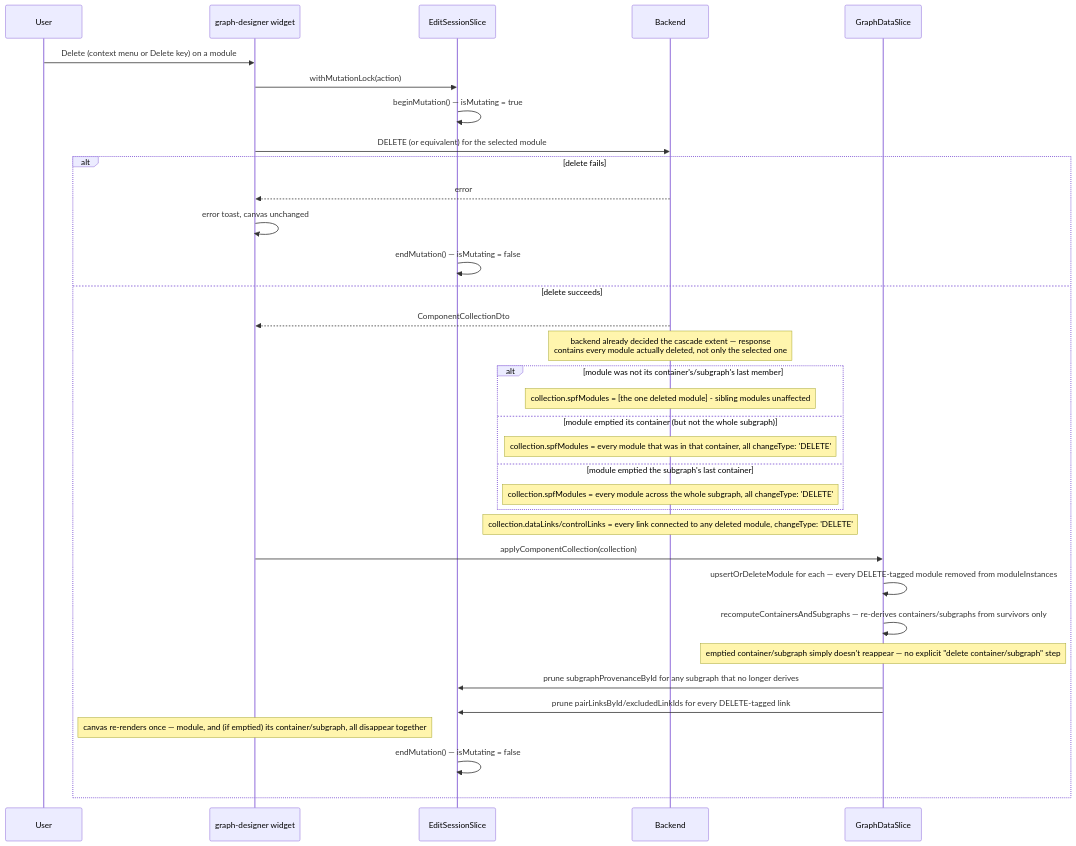
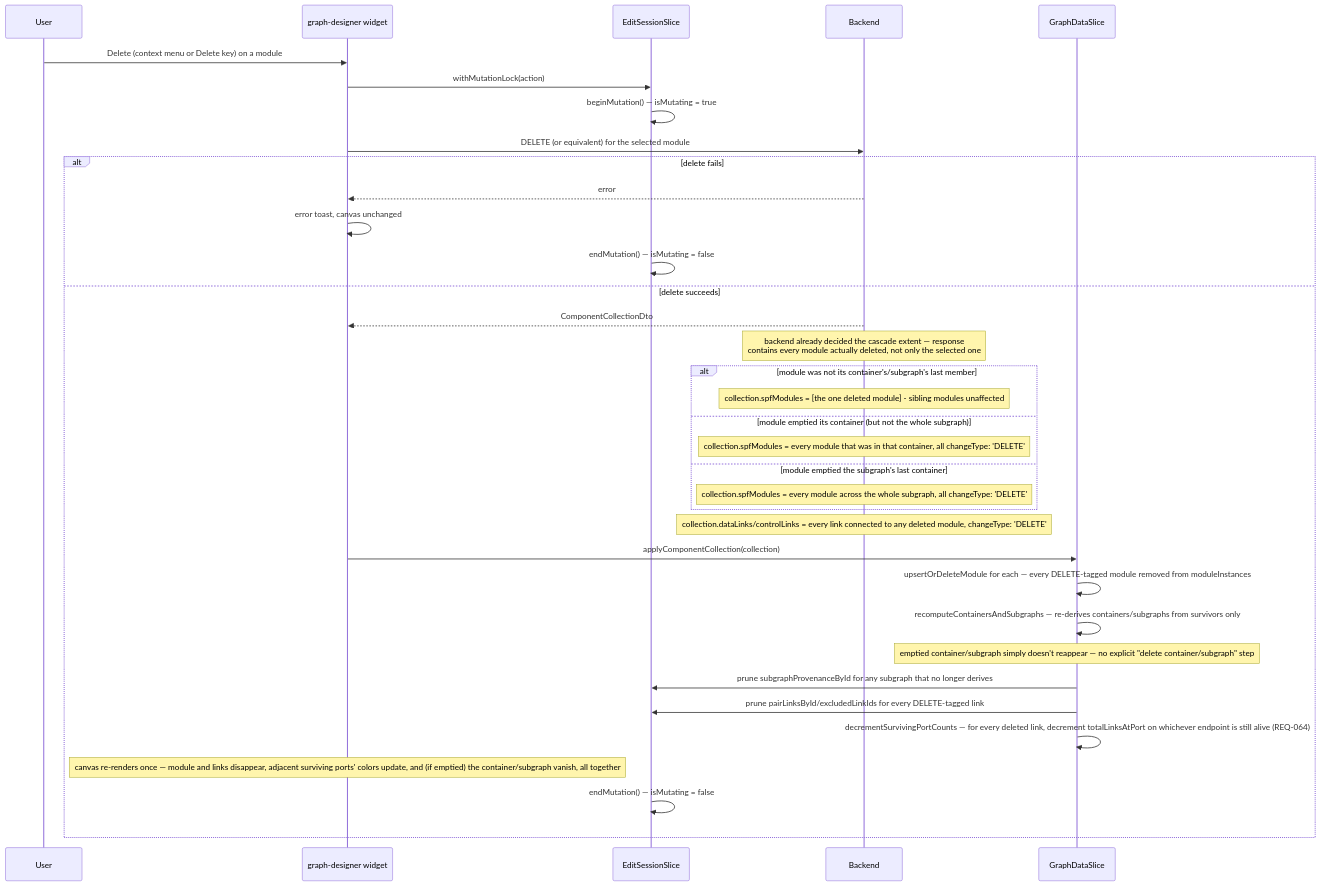
One commit to ramesh521/audioreach-creator-ui-2 changed the second of 3 diagrams in docs/graph-designer-edit/design/node-operations-design.md. Above: the diagram before and after it, drawn with Mermaid. The commit also changed 2 other files, not shown here.

Commit message:
docs(react): design totalLinksAtPort port-count sync
This adds the field to the Port type and specifies
decrementSurvivingPortCounts, called once from
applyComponentCollection alongside the existing reconciliation
steps, so every cascading delete (module, container, subsystem)
keeps port link counts correct without backend involvement.

````diff
--- a/docs/graph-designer-edit/design/node-operations-design.md
+++ b/docs/graph-designer-edit/design/node-operations-design.md
@@ -324,37 +324,38 @@
 ```mermaid
 sequenceDiagram
   participant U as User
   participant W as graph-designer widget
   participant ES as EditSessionSlice
   participant B as Backend
   participant GD as GraphDataSlice
 
   U->>W: Delete (context menu or Delete key) on a module
   W->>ES: withMutationLock(action)
   ES->>ES: beginMutation() — isMutating = true
   W->>B: DELETE (or equivalent) for the selected module
   alt delete fails
     B-->>W: error
     W->>W: error toast, canvas unchanged
     ES->>ES: endMutation() — isMutating = false
   else delete succeeds
     B-->>W: ComponentCollectionDto
     Note over B: backend already decided the cascade extent — response<br/>contains every module actually deleted, not only the selected one
     alt module was not its container's/subgraph's last member
       Note over B: collection.spfModules = [the one deleted module] - sibling modules unaffected
     else module emptied its container (but not the whole subgraph)
       Note over B: collection.spfModules = every module that was in that container, all changeType: 'DELETE'
     else module emptied the subgraph's last container
       Note over B: collection.spfModules = every module across the whole subgraph, all changeType: 'DELETE'
     end
     Note over B: collection.dataLinks/controlLinks = every link connected to any deleted module, changeType: 'DELETE'
     W->>GD: applyComponentCollection(collection)
     GD->>GD: upsertOrDeleteModule for each — every DELETE-tagged module removed from moduleInstances
     GD->>GD: recomputeContainersAndSubgraphs — re-derives containers/subgraphs from survivors only
     Note over GD: emptied container/subgraph simply doesn't reappear — no explicit "delete container/subgraph" step
     GD->>ES: prune subgraphProvenanceById for any subgraph that no longer derives
     GD->>ES: prune pairLinksById/excludedLinkIds for every DELETE-tagged link
-    Note over W: canvas re-renders once — module, and (if emptied) its container/subgraph, all disappear together
+    GD->>GD: decrementSurvivingPortCounts — for every deleted link, decrement totalLinksAtPort on whichever endpoint is still alive (REQ-064)
+    Note over W: canvas re-renders once — module and links disappear, adjacent surviving ports' colors update, and (if emptied) the container/subgraph vanish, all together
     ES->>ES: endMutation() — isMutating = false
   end
 ```
````
